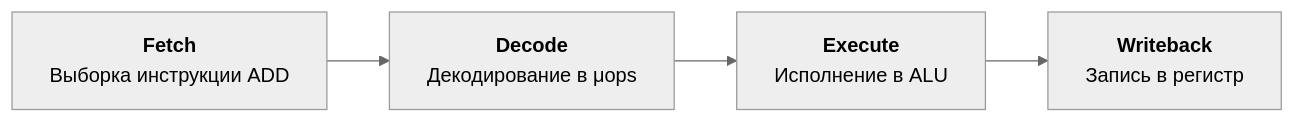
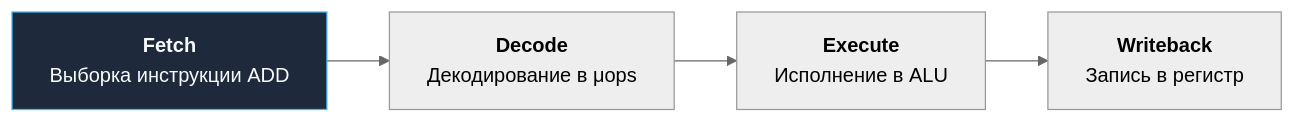
One commit to UnrealTemplier/go-textbook changed the second of 2 diagrams in sources/1. Архитектура компьютера/1. Обзор. Путь программы от go run main.go до движения электронов.md. Above: the diagram before and after it, drawn with Mermaid (neutral theme). The commit also changed other lines of this file and 1666 other files, not shown here.

First line of the commit message:
feat(mermaid): add semantic color classDef to 1369 colorless flowchart/graph diagrams

````diff
--- a/sources/1. Архитектура компьютера/1. Обзор. Путь программы от go run main.go до движения электронов.md
+++ b/sources/1. Архитектура компьютера/1. Обзор. Путь программы от go run main.go до движения электронов.md
@@ -105,6 +115,16 @@
 ```mermaid
 flowchart LR
-    Fetch["<b>Fetch</b><br>Выборка инструкции ADD"] --> Decode["<b>Decode</b><br>Декодирование в μops"]
+    classDef process  fill:#1e293b,stroke:#38bdf8,stroke-width:1px,color:#f8fafc
+    classDef success  fill:#064e3b,stroke:#34d399,stroke-width:1px,color:#f8fafc
+    classDef error    fill:#7f1d1d,stroke:#f87171,stroke-width:1px,color:#f8fafc
+    classDef warning  fill:#78350f,stroke:#fbbf24,stroke-width:1px,color:#f8fafc
+    classDef entry    fill:#1e3a5f,stroke:#38bdf8,stroke-width:2px,color:#f8fafc
+    classDef aux      fill:#334155,stroke:#64748b,stroke-width:1px,color:#f8fafc
+    classDef system   fill:#312e81,stroke:#a78bfa,stroke-width:1px,color:#f8fafc
+    classDef data     fill:#132d29,stroke:#2dd4bf,stroke-width:1px,color:#f8fafc
+    classDef network  fill:#881337,stroke:#fb7185,stroke-width:1px,color:#f8fafc
+    classDef accent   fill:#1e1b4b,stroke:#818cf8,stroke-width:1px,color:#f8fafc
+    Fetch["<b>Fetch</b><br>Выборка инструкции ADD"]:::process --> Decode["<b>Decode</b><br>Декодирование в μops"]
     Decode --> Execute["<b>Execute</b><br>Исполнение в ALU"]
     Execute --> Writeback["<b>Writeback</b><br>Запись в регистр"]
 ```
````
